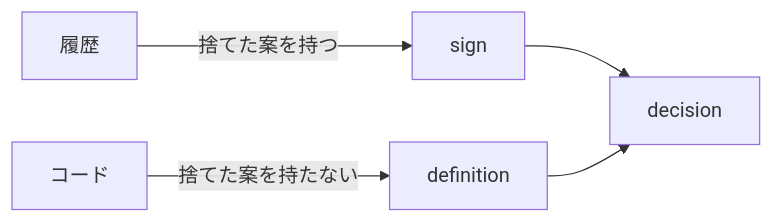
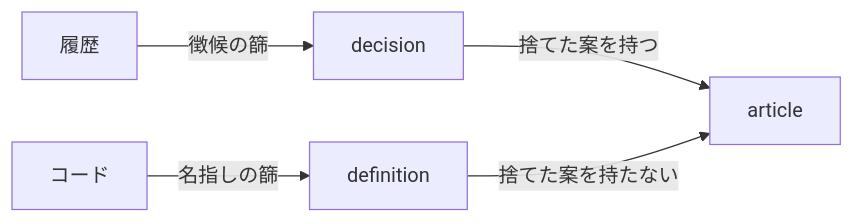
The first of 2 diagrams in docs/archivist/L3_structures/collection-signs.md (gameundwatch/codifier), drawn with Mermaid before and after one commit. The commit also changed other lines of this file and 77 other files, not shown here.

First line of the commit message:
refactor: 集める単位を article に改め、decision と definition を対にする

````diff
--- a/docs/archivist/L3_structures/collection-signs.md
+++ b/docs/archivist/L3_structures/collection-signs.md
@@ -9,7 +9,7 @@
 ```mermaid
 flowchart LR
-    H[履歴] -->|捨てた案を持つ| S[sign]
-    C[コード] -->|捨てた案を持たない| F[definition]
-    S --> D[decision]
-    F --> D
+    H[履歴] -->|徴候の篩| D[decision]
+    C[コード] -->|名指しの篩| F[definition]
+    D -->|捨てた案を持つ| A[article]
+    F -->|捨てた案を持たない| A
 ```
````
